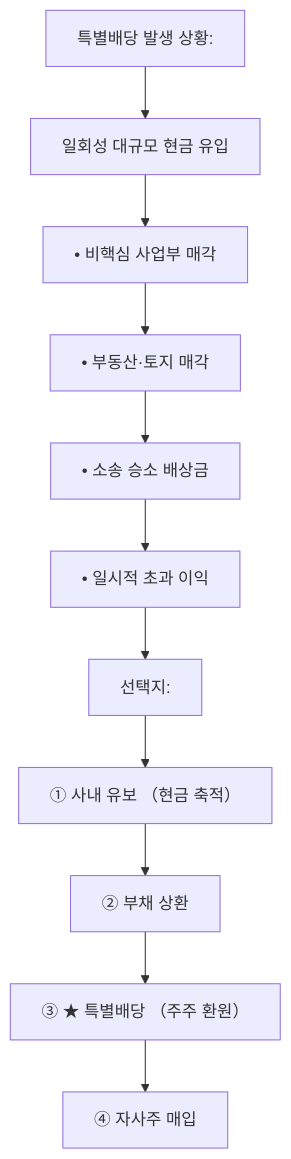
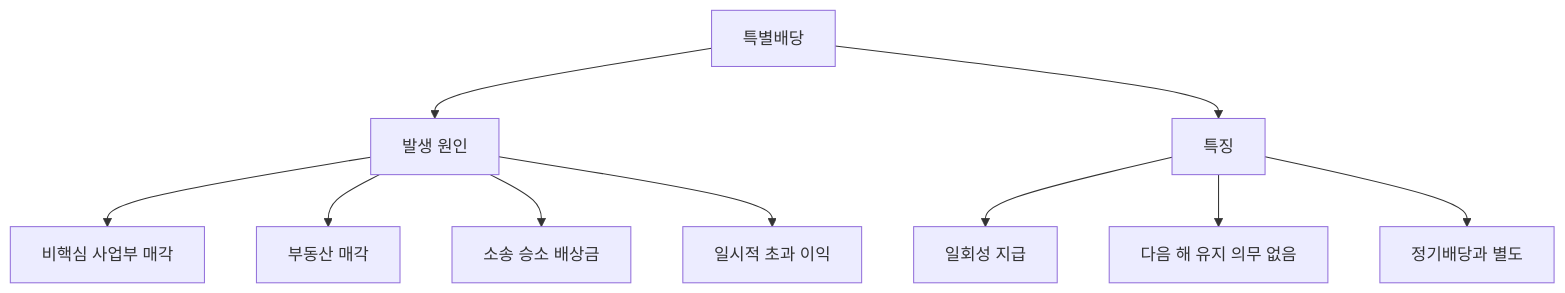
One commit to yeongseon/stock-visual-note changed the diagram in content/stock-terms/ko/level-06-events/special-dividend.md. Above: the diagram before and after it, drawn with Mermaid. The commit also changed other lines of this file and 96 other files, not shown here.

Commit message:
Rewrite all 98 remaining articles: branching Mermaid diagrams, natural search_intent, compelling seo_titles, clean descriptions

````diff
--- a/content/stock-terms/ko/level-06-events/special-dividend.md
+++ b/content/stock-terms/ko/level-06-events/special-dividend.md
@@ -39,24 +39,13 @@
 ```mermaid
 graph TD
-    A0["특별배당 발생 상황:"]
-    A1["일회성 대규모 현금 유입"]
-    A2["• 비핵심 사업부 매각"]
-    A3["• 부동산·토지 매각"]
-    A4["• 소송 승소 배상금"]
-    A5["• 일시적 초과 이익"]
-    A6["선택지:"]
-    A7["① 사내 유보 （현금 축적）"]
-    A8["② 부채 상환"]
-    A9["③ ★ 특별배당 （주주 환원）"]
-    A10["④ 자사주 매입"]
-    A0 --> A1
-    A1 --> A2
-    A2 --> A3
-    A3 --> A4
-    A4 --> A5
-    A5 --> A6
-    A6 --> A7
-    A7 --> A8
-    A8 --> A9
-    A9 --> A10
+    A["특별배당"]
+    A --> B["발생 원인"]
+    A --> C["특징"]
+    B --> B1["비핵심 사업부 매각"]
+    B --> B2["부동산 매각"]
+    B --> B3["소송 승소 배상금"]
+    B --> B4["일시적 초과 이익"]
+    C --> C1["일회성 지급"]
+    C --> C2["다음 해 유지 의무 없음"]
+    C --> C3["정기배당과 별도"]
 ```
````
